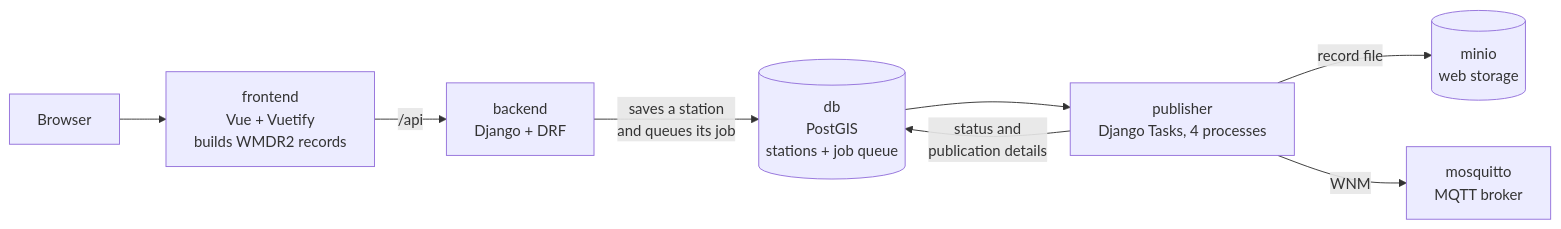
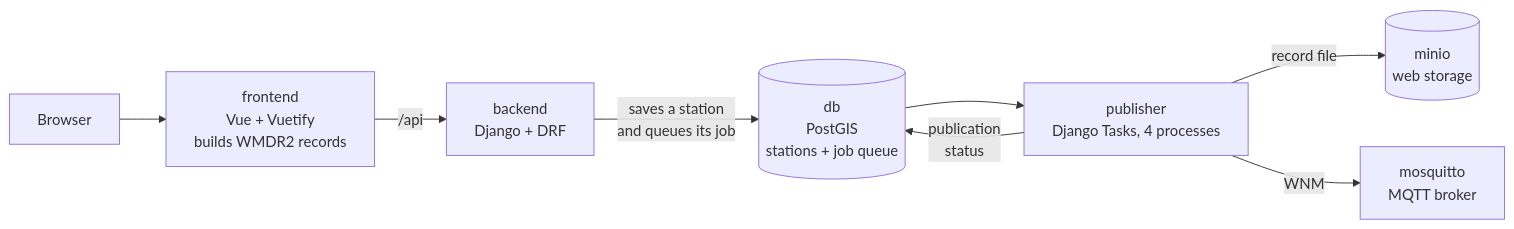
One commit to World-Meteorological-Organization/wigos-node-poc changed the diagram in README.md. Above: the diagram before and after it, drawn with Mermaid. The commit also changed other lines of this file and 13 other files, not shown here.

First line of the commit message:
Simplify publication status and retries

````diff
--- a/README.md
+++ b/README.md
@@ -19,10 +19,10 @@
 ```mermaid
 flowchart LR
     browser[Browser] --> frontend["frontend<br>Vue + Vuetify<br>builds WMDR2 records"]
     frontend -- /api --> backend["backend<br>Django + DRF"]
     backend -- "saves a station<br>and queues its job" --> db[("db<br>PostGIS<br>stations + job queue")]
     db --> publisher["publisher<br>Django Tasks, 4 processes"]
-    publisher -- "status and<br>publication details" --> db
+    publisher -- "publication<br>status" --> db
     publisher -- record file --> minio[("minio<br>web storage")]
     publisher -- WNM --> mosquitto["mosquitto<br>MQTT broker"]
 ```
````
